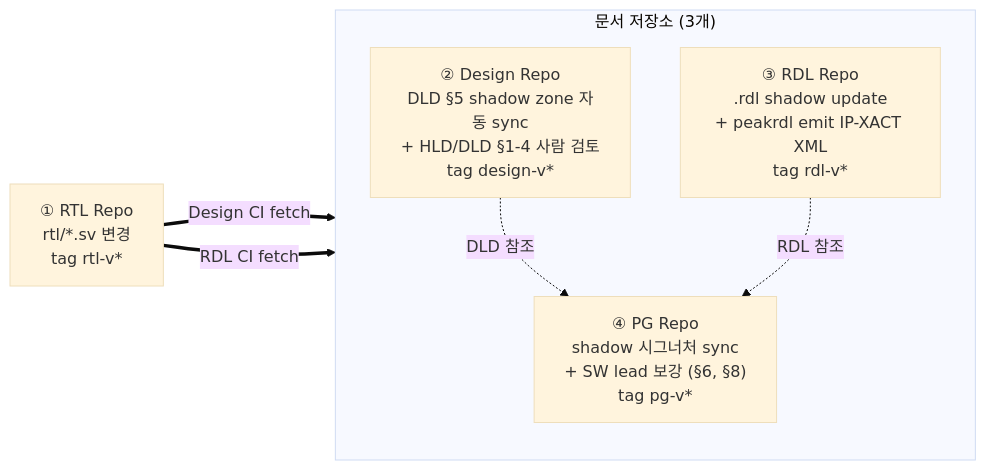
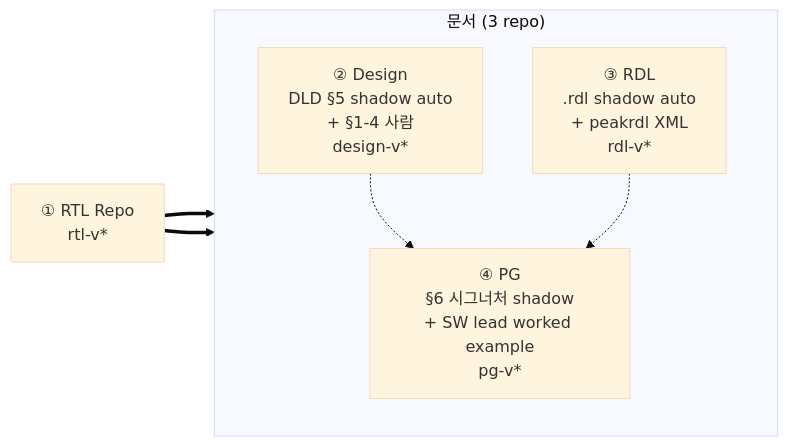
The first of 2 diagrams in docs/proposal/06-workflow-e2e.md (k31001/ssd-soc-cfg-mngt), drawn with Mermaid (base theme) before and after one commit. The commit also changed other lines of this file and 19 other files, not shown here.

````diff
--- a/docs/proposal/06-workflow-e2e.md
+++ b/docs/proposal/06-workflow-e2e.md
@@ -16,16 +7,16 @@
 ```mermaid
 flowchart LR
-    R1["① RTL Repo<br/>rtl/*.sv 변경<br/>tag rtl-v*"]
+    R1["① RTL Repo<br/>rtl-v*"]
 
-    subgraph DOCS["문서 저장소 (3개)"]
+    subgraph DOCS["문서 (3 repo)"]
       direction TB
-      D2["② Design Repo<br/>DLD §5 shadow zone 자동 sync<br/>+ HLD/DLD §1-4 사람 검토<br/>tag design-v*"]
-      D3["③ RDL Repo<br/>.rdl shadow update<br/>+ peakrdl emit IP-XACT XML<br/>tag rdl-v*"]
-      D4["④ PG Repo<br/>shadow 시그너처 sync<br/>+ SW lead 보강 (§6, §8)<br/>tag pg-v*"]
+      D2["② Design<br/>DLD §5 shadow auto<br/>+ §1-4 사람<br/>design-v*"]
+      D3["③ RDL<br/>.rdl shadow auto<br/>+ peakrdl XML<br/>rdl-v*"]
+      D4["④ PG<br/>§6 시그너처 shadow<br/>+ SW lead worked example<br/>pg-v*"]
     end
 
-    R1 ==>|Design CI fetch| D2
-    R1 ==>|RDL CI fetch| D3
-    D2 -.->|DLD 참조| D4
-    D3 -.->|RDL 참조| D4
+    R1 ==> D2
+    R1 ==> D3
+    D2 -.-> D4
+    D3 -.-> D4
 ```
````
